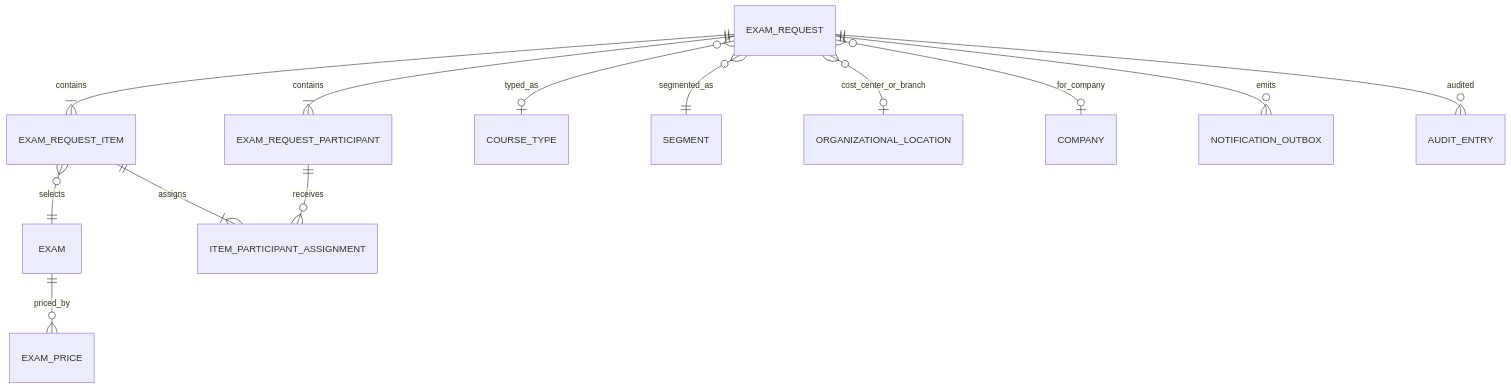
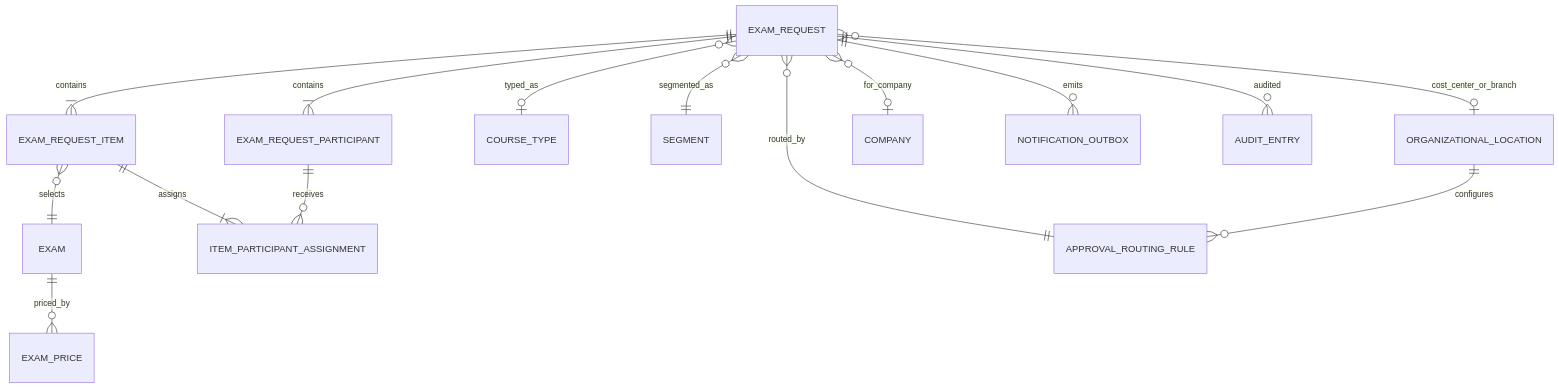
The diagram in portal-examenes-netec/specs/04-domain/domain-model.md (EdgardoVelasco/ProyectoTestingCenter), drawn with Mermaid before and after one commit. The commit also changed other lines of this file and 226 other files, not shown here.

````diff
--- a/portal-examenes-netec/specs/04-domain/domain-model.md
+++ b/portal-examenes-netec/specs/04-domain/domain-model.md
@@ -3,15 +3,17 @@
 ```mermaid
 erDiagram
   EXAM_REQUEST ||--|{ EXAM_REQUEST_PARTICIPANT : contains
   EXAM_REQUEST ||--|{ EXAM_REQUEST_ITEM : contains
   EXAM_REQUEST_ITEM }o--|| EXAM : selects
   EXAM ||--o{ EXAM_PRICE : priced_by
   EXAM_REQUEST_ITEM ||--|{ ITEM_PARTICIPANT_ASSIGNMENT : assigns
   EXAM_REQUEST_PARTICIPANT ||--o{ ITEM_PARTICIPANT_ASSIGNMENT : receives
   EXAM_REQUEST }o--o| COURSE_TYPE : typed_as
   EXAM_REQUEST }o--|| SEGMENT : segmented_as
   EXAM_REQUEST }o--o| ORGANIZATIONAL_LOCATION : cost_center_or_branch
+  EXAM_REQUEST }o--|| APPROVAL_ROUTING_RULE : routed_by
+  ORGANIZATIONAL_LOCATION ||--o{ APPROVAL_ROUTING_RULE : configures
   EXAM_REQUEST }o--o| COMPANY : for_company
   EXAM_REQUEST ||--o{ NOTIFICATION_OUTBOX : emits
   EXAM_REQUEST ||--o{ AUDIT_ENTRY : audited
 ```
````
